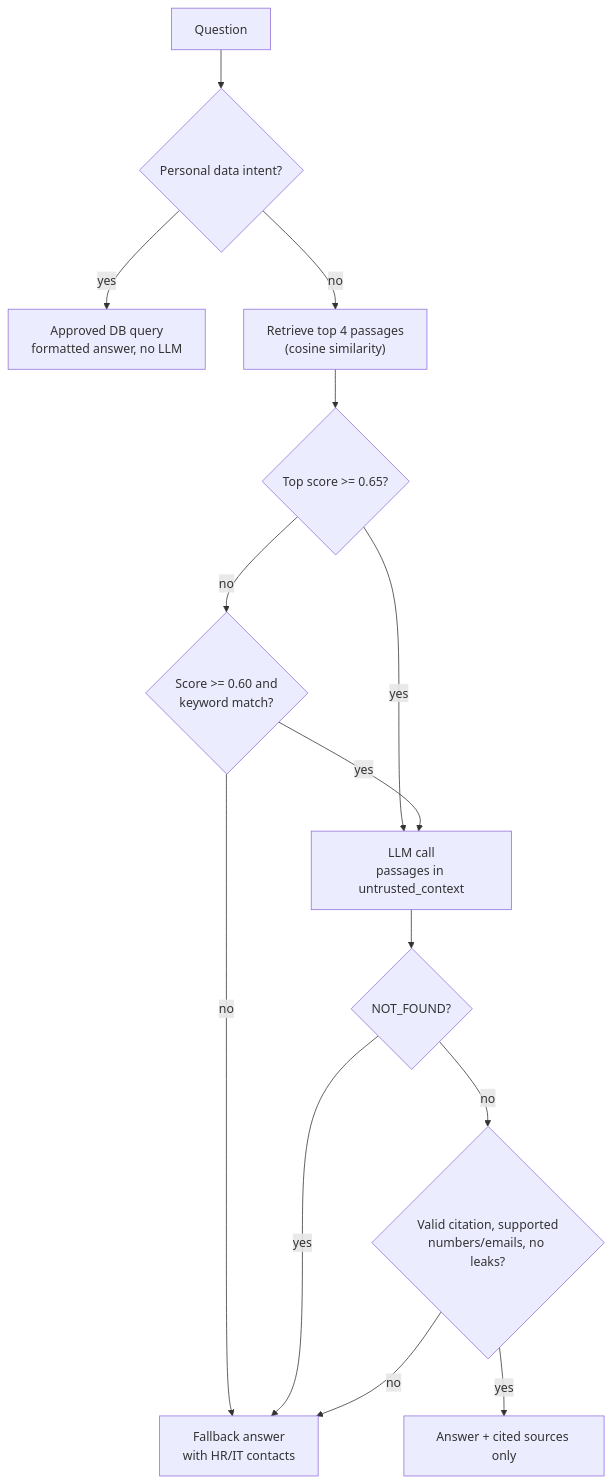
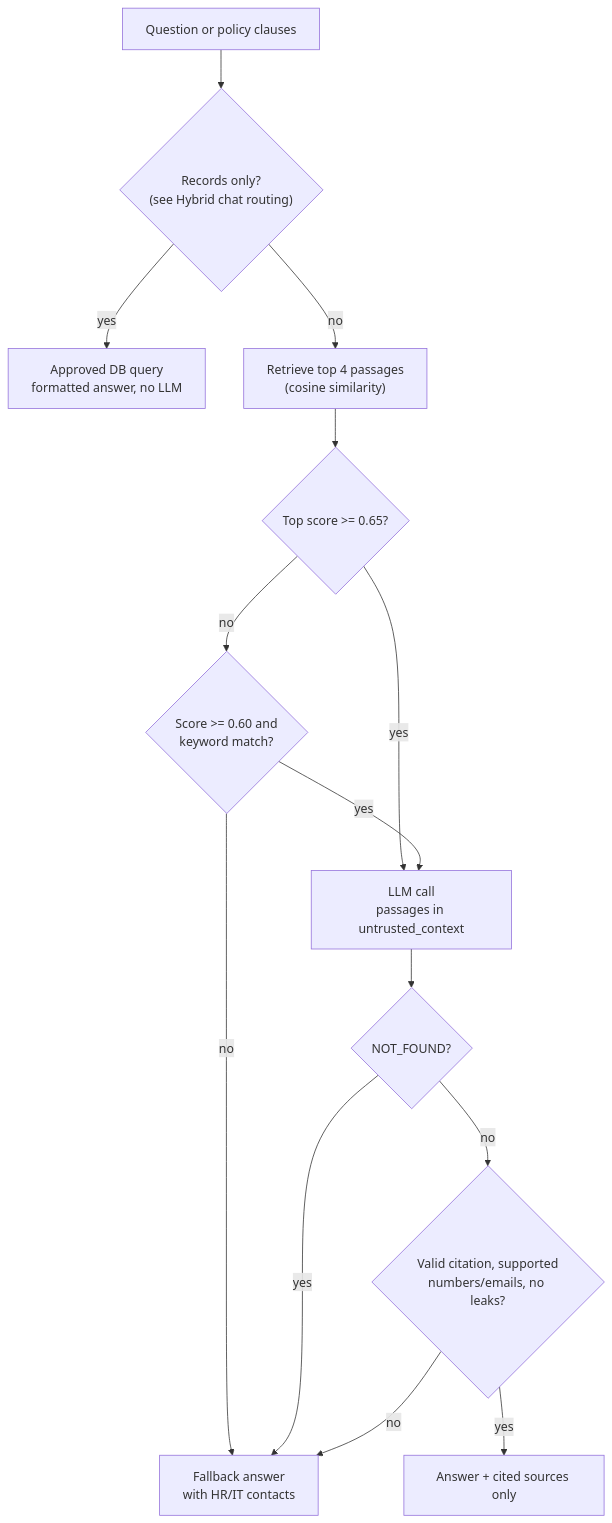
Before and after one commit to Eliksha/employee-onboarding-assistant: the third of 4 diagrams in docs/architecture.md, drawn with Mermaid. The commit also changed other lines of this file and 11 other files, not shown here.

First line of the commit message:
Feat: implement hybrid SQL and RAG chat orchestration

````diff
--- a/docs/architecture.md
+++ b/docs/architecture.md
@@ -57,16 +57,16 @@
 ```mermaid
 flowchart TD
-    q["Question"] --> route{"Personal data intent?"}
+    q["Question or policy clauses"] --> route{"Records only?<br/>(see Hybrid chat routing)"}
     route -->|"yes"| dbq["Approved DB query<br/>formatted answer, no LLM"]
     route -->|"no"| ret["Retrieve top 4 passages<br/>(cosine similarity)"]
     ret --> gate{"Top score >= 0.65?"}
     gate -->|"yes"| gen["LLM call<br/>passages in untrusted_context"]
     gate -->|"no"| band{"Score >= 0.60 and<br/>keyword match?"}
     band -->|"yes"| gen
     band -->|"no"| fb["Fallback answer<br/>with HR/IT contacts"]
     gen --> nf{"NOT_FOUND?"}
     nf -->|"yes"| fb
     nf -->|"no"| val{"Valid citation, supported<br/>numbers/emails, no leaks?"}
     val -->|"no"| fb
     val -->|"yes"| ans["Answer + cited sources only"]
 ```
````
